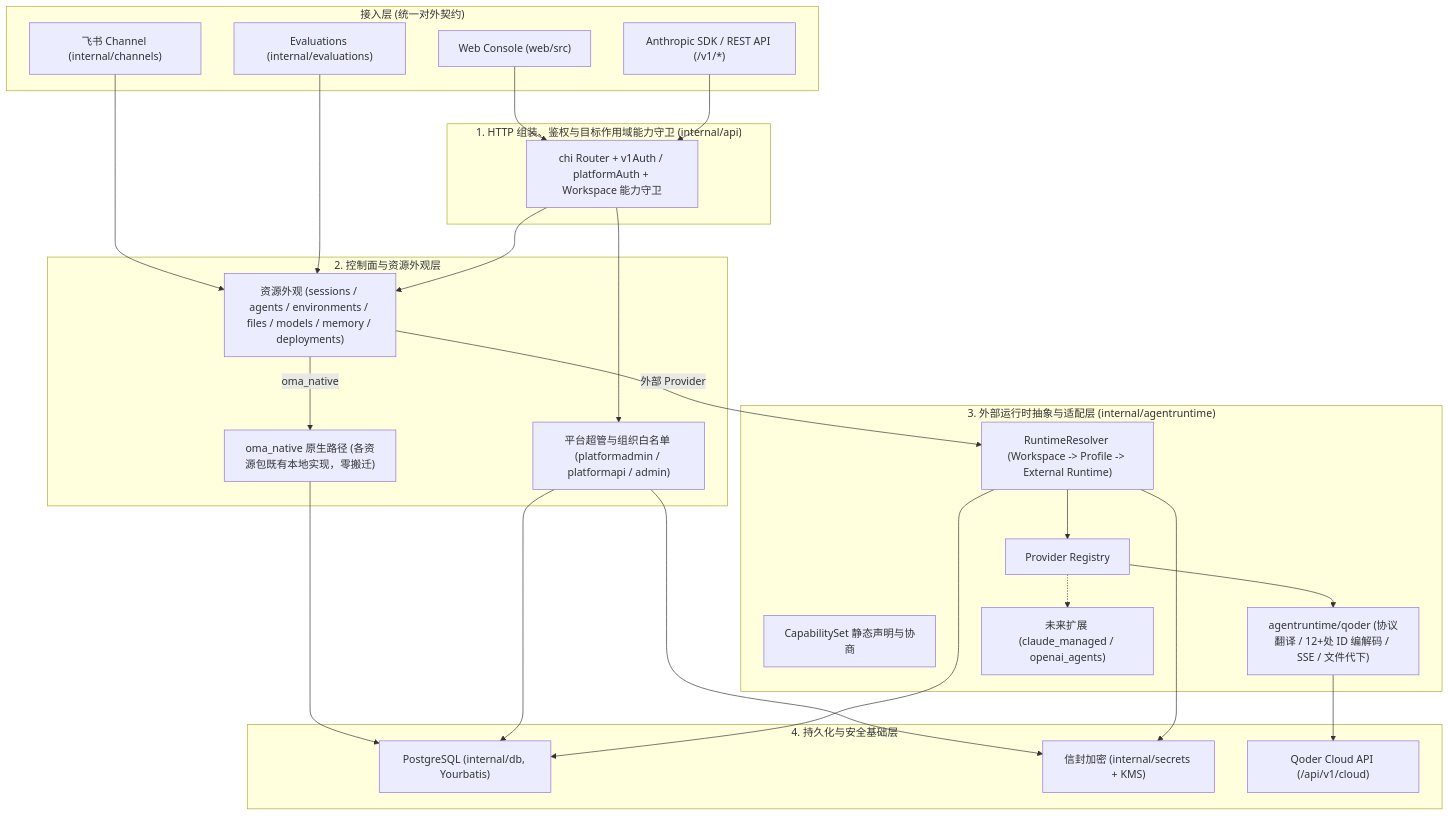
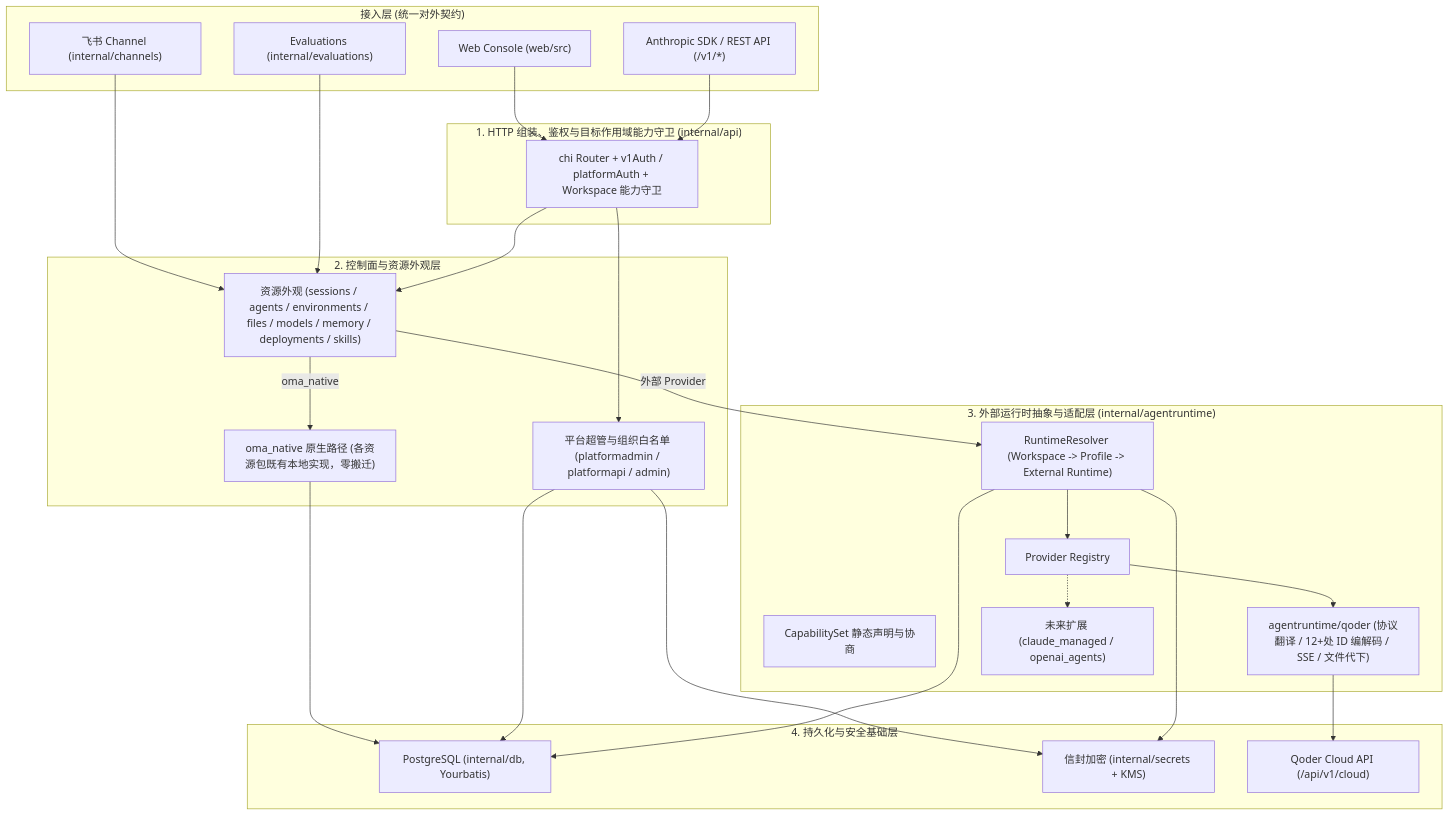
The diagram in docs/design/multi-provider-runtime.md (superduck-ai/open-managed-agents), drawn with Mermaid before and after one commit. The commit also changed other lines of this file and 16 other files, not shown here.

````diff
--- a/docs/design/multi-provider-runtime.md
+++ b/docs/design/multi-provider-runtime.md
@@ -50,51 +50,51 @@
 ```mermaid
 flowchart TB
     subgraph Access["接入层 (统一对外契约)"]
         WebUI["Web Console (web/src)"]
         SDK["Anthropic SDK / REST API (/v1/*)"]
         Feishu["飞书 Channel (internal/channels)"]
         Eval["Evaluations (internal/evaluations)"]
     end
 
     subgraph API["1. HTTP 组装、鉴权与目标作用域能力守卫 (internal/api)"]
         Router["chi Router + v1Auth / platformAuth + Workspace 能力守卫"]
     end
 
     subgraph ControlPlane["2. 控制面与资源外观层"]
-        Resources["资源外观 (sessions / agents / environments / files / models / memory / deployments)"]
+        Resources["资源外观 (sessions / agents / environments / files / models / memory / deployments / skills)"]
         Admin["平台超管与组织白名单 (platformadmin / platformapi / admin)"]
         NativeFast["oma_native 原生路径 (各资源包既有本地实现，零搬迁)"]
     end
 
     subgraph ExternalRT["3. 外部运行时抽象与适配层 (internal/agentruntime)"]
         Resolver["RuntimeResolver (Workspace -> Profile -> External Runtime)"]
         Caps["CapabilitySet 静态声明与协商"]
         Registry["Provider Registry"]
         Qoder["agentruntime/qoder (协议翻译 / 12+处 ID 编解码 / SSE / 文件代下)"]
         Future["未来扩展 (claude_managed / openai_agents)"]
     end
 
     subgraph Infra["4. 持久化与安全基础层"]
         DB["PostgreSQL (internal/db, Yourbatis)"]
         Secrets["信封加密 (internal/secrets + KMS)"]
         QoderAPI["Qoder Cloud API (/api/v1/cloud)"]
     end
 
     WebUI --> Router
     SDK --> Router
     Feishu --> Resources
     Eval --> Resources
     Router --> Resources
     Router --> Admin
     Resources -->|"oma_native"| NativeFast
     Resources -->|"外部 Provider"| Resolver
     Resolver --> Registry
     Registry --> Qoder
     Registry -.-> Future
     NativeFast --> DB
     Admin --> DB
     Admin --> Secrets
     Resolver --> DB
     Resolver --> Secrets
     Qoder --> QoderAPI
 ```
````
